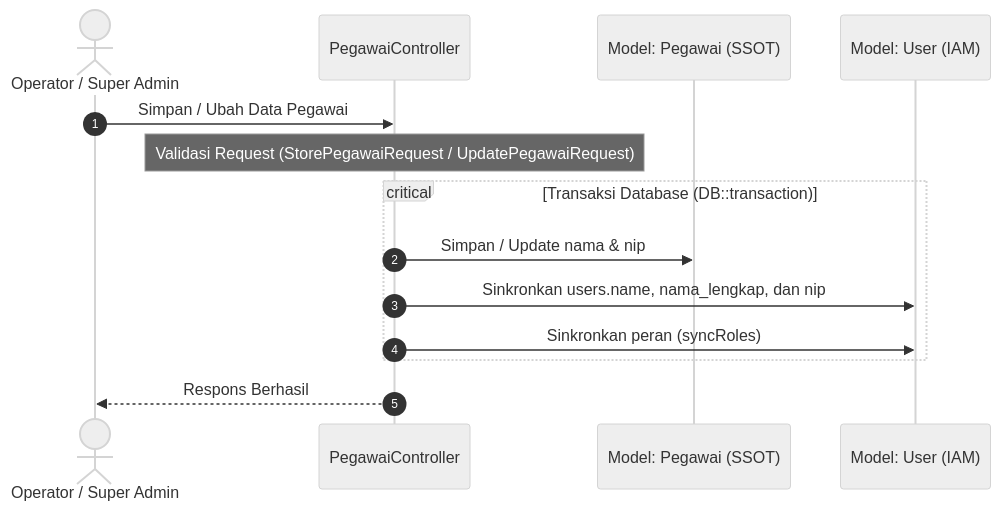
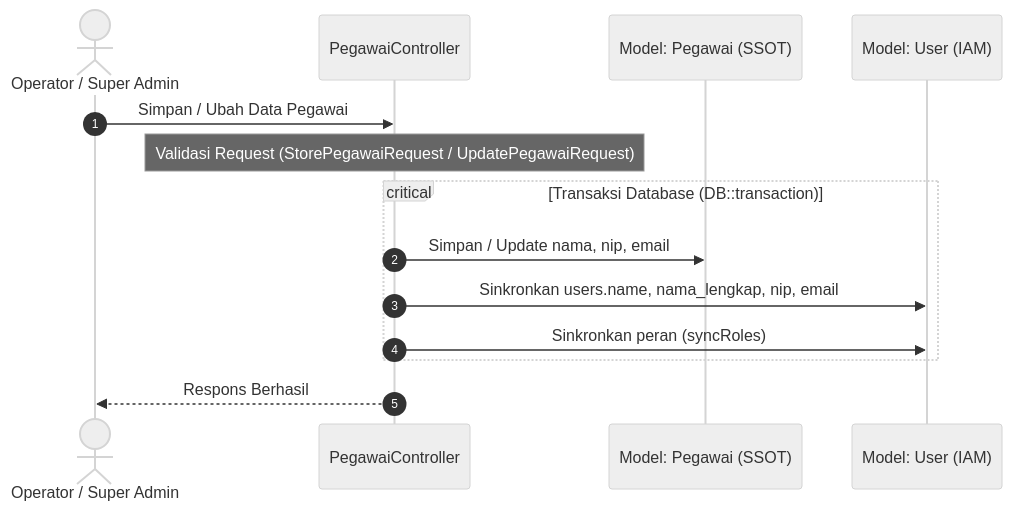
Before and after one commit to FahroziAldinata/Simpul: the diagram in docs/sumber-kebenaran-data-pegawai.md, drawn with Mermaid (neutral theme). The commit also changed other lines of this file and 8 other files, not shown here.

````diff
--- a/docs/sumber-kebenaran-data-pegawai.md
+++ b/docs/sumber-kebenaran-data-pegawai.md
@@ -37,17 +61,17 @@
 ```mermaid
 sequenceDiagram
     autonumber
     actor Op as Operator / Super Admin
     participant PC as PegawaiController
     participant P as Model: Pegawai (SSOT)
     participant U as Model: User (IAM)
 
     Op->>PC: Simpan / Ubah Data Pegawai
     Note over PC: Validasi Request (StorePegawaiRequest / UpdatePegawaiRequest)
     critical Transaksi Database (DB::transaction)
-        PC->>P: Simpan / Update nama & nip
-        PC->>U: Sinkronkan users.name, nama_lengkap, dan nip
+        PC->>P: Simpan / Update nama, nip, email
+        PC->>U: Sinkronkan users.name, nama_lengkap, nip, email
         PC->>U: Sinkronkan peran (syncRoles)
     end
     PC-->>Op: Respons Berhasil
 ```
````
